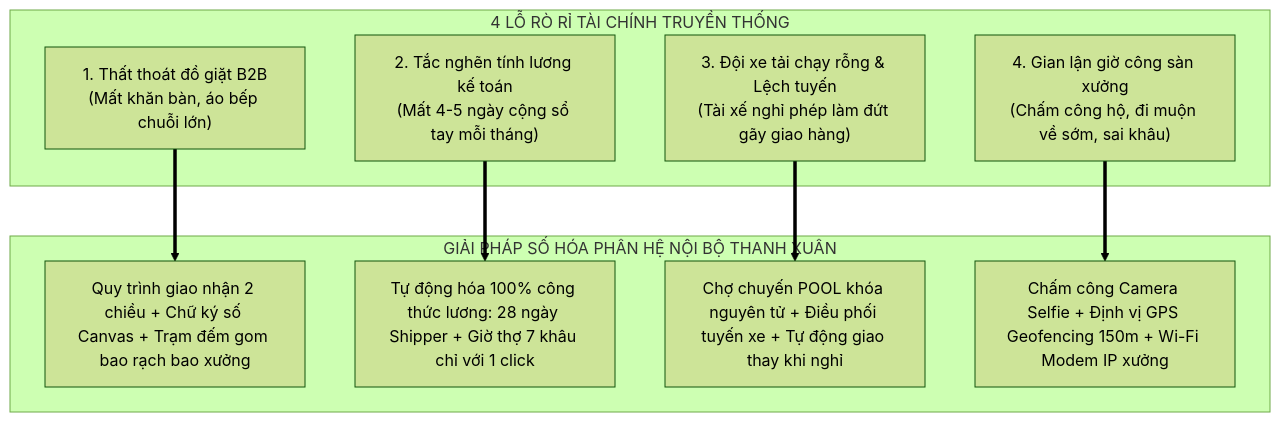
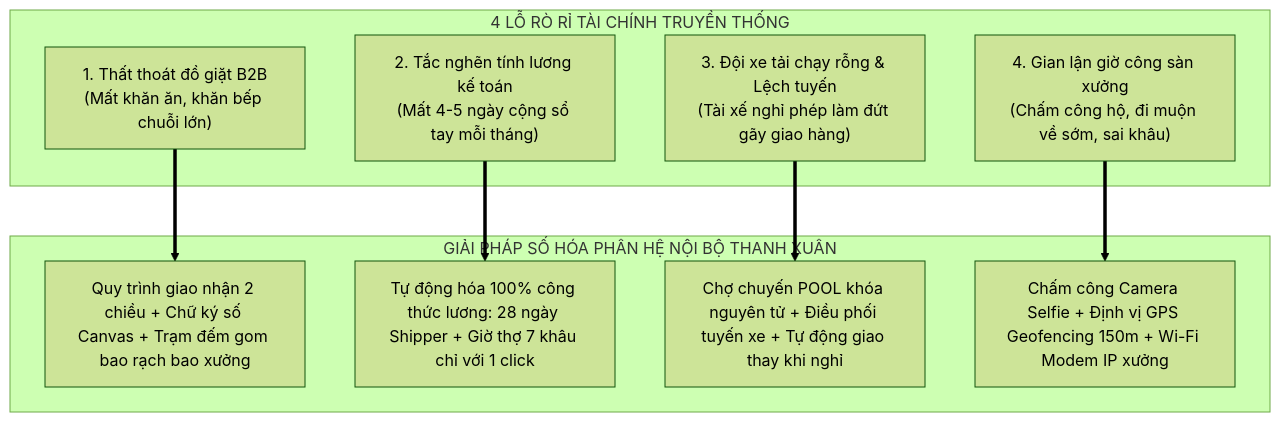
Before and after one commit to huyhoang011004/Project_Thanh_Xuan_Company: the first of 2 diagrams in .agents/docs/pricing/INTERNAL_COST_PROPOSAL_AND_NEGOTIATION.md, drawn with Mermaid (forest theme). The commit also changed other lines of this file and 2 other files, not shown here.

````diff
--- a/.agents/docs/pricing/INTERNAL_COST_PROPOSAL_AND_NEGOTIATION.md
+++ b/.agents/docs/pricing/INTERNAL_COST_PROPOSAL_AND_NEGOTIATION.md
@@ -28,21 +30,21 @@
 ```mermaid
 flowchart TD
     subgraph NOI_DAU_TRUYEN_THONG ["4 LỖ RÒ RỈ TÀI CHÍNH TRUYỀN THỐNG"]
-        N1["1. Thất thoát đồ giặt B2B<br/>(Mất khăn bàn, áo bếp chuỗi lớn)"]
+        N1["1. Thất thoát đồ giặt B2B<br/>(Mất khăn ăn, khăn bếp chuỗi lớn)"]
         N2["2. Tắc nghẽn tính lương kế toán<br/>(Mất 4-5 ngày cộng sổ tay mỗi tháng)"]
         N3["3. Đội xe tải chạy rỗng & Lệch tuyến<br/>(Tài xế nghỉ phép làm đứt gãy giao hàng)"]
         N4["4. Gian lận giờ công sàn xưởng<br/>(Chấm công hộ, đi muộn về sớm, sai khâu)"]
     end
 
     subgraph GIAI_PHAP_CONG_NGHE ["GIẢI PHÁP SỐ HÓA PHÂN HỆ NỘI BỘ THANH XUÂN"]
         S1["Quy trình giao nhận 2 chiều + Chữ ký số Canvas + Trạm đếm gom bao rạch bao xưởng"]
         S2["Tự động hóa 100% công thức lương: 28 ngày Shipper + Giờ thợ 7 khâu chỉ với 1 click"]
         S3["Chợ chuyến POOL khóa nguyên tử + Điều phối tuyến xe + Tự động giao thay khi nghỉ"]
         S4["Chấm công Camera Selfie + Định vị GPS Geofencing 150m + Wi-Fi Modem IP xưởng"]
     end
 
     N1 ==> S1
     N2 ==> S2
     N3 ==> S3
     N4 ==> S4
 ```
````
